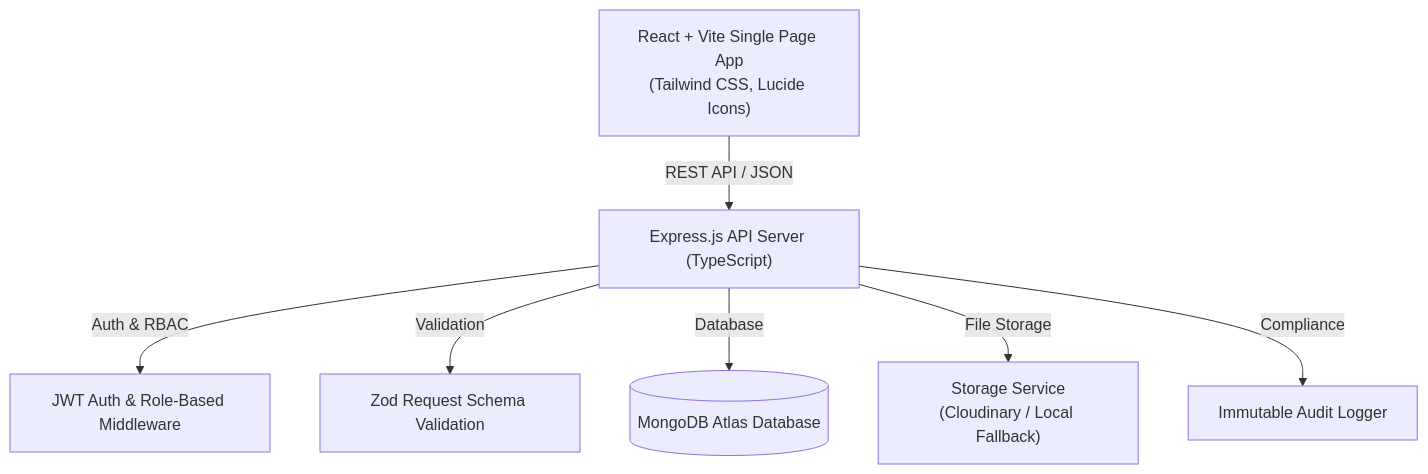
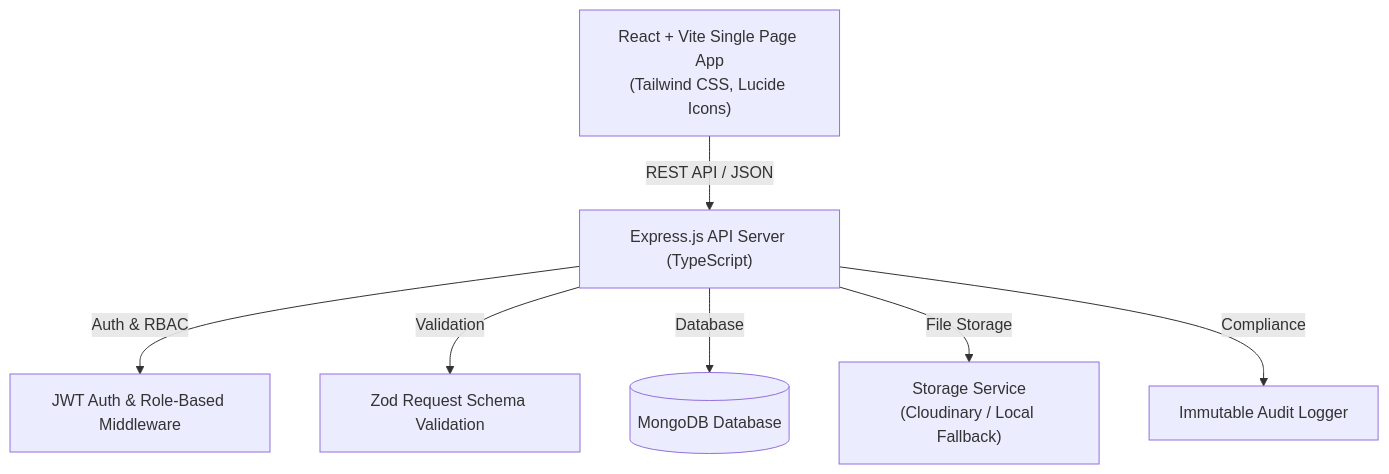
Before and after one commit to yashmittal646/medcord: the diagram in README.md, drawn with Mermaid. The commit also changed other lines of this file and 24 other files, not shown here.

````diff
--- a/README.md
+++ b/README.md
@@ -37,9 +38,9 @@
 ```mermaid
 graph TD
     Client["React + Vite Single Page App\n(Tailwind CSS, Lucide Icons)"] -->|REST API / JSON| API["Express.js API Server (TypeScript)"]
     API -->|Auth & RBAC| JWT["JWT Auth & Role-Based Middleware"]
     API -->|Validation| ZOD["Zod Request Schema Validation"]
-    API -->|Database| MONGO[("MongoDB Atlas Database")]
+    API -->|Database| MONGO[("MongoDB Database")]
     API -->|File Storage| STORAGE["Storage Service\n(Cloudinary / Local Fallback)"]
     API -->|Compliance| AUDIT["Immutable Audit Logger"]
 ```
````
